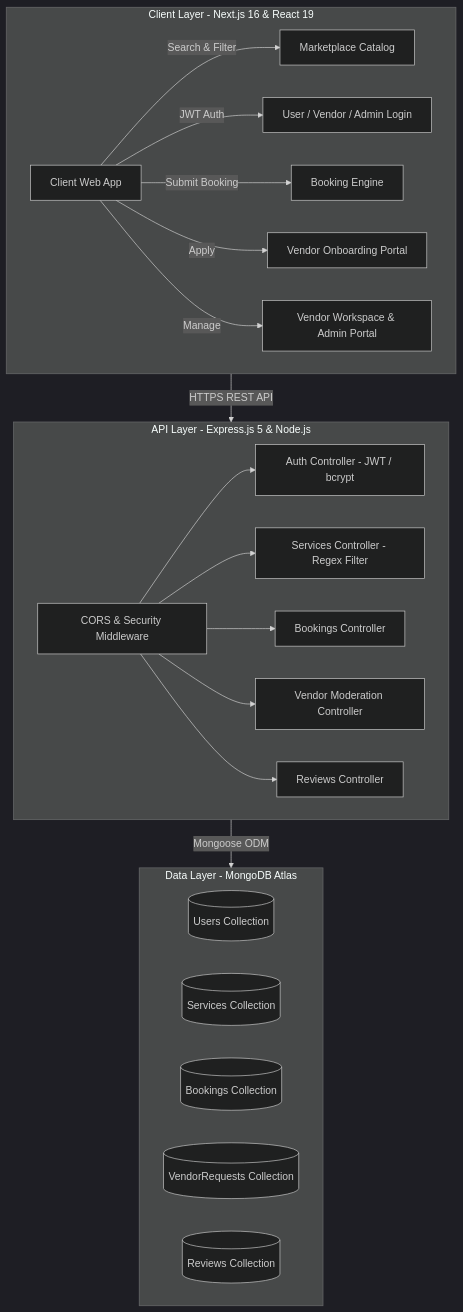
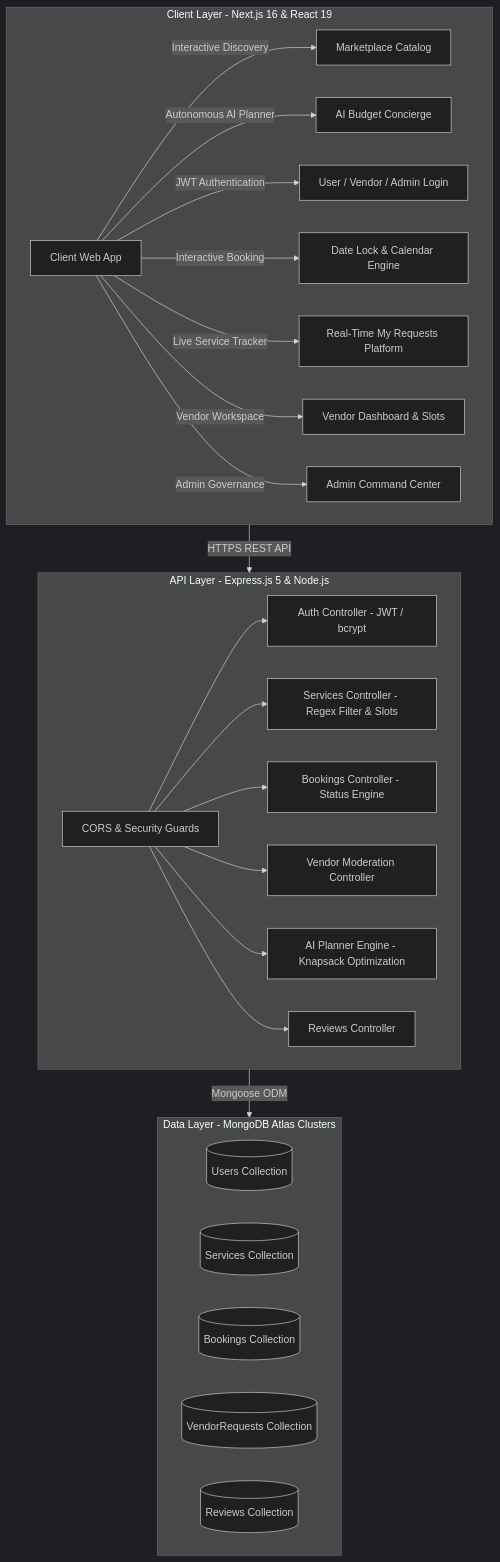
Before and after one commit to gdiya2004/ServEase: the diagram in README.md, drawn with Mermaid (dark theme). The commit also changed other lines of this file, not shown here.

Commit message:
Update README.md with comprehensive AI Concierge, Live Calendar, real-time tracking, and API documentation

````diff
--- a/README.md
+++ b/README.md
@@ -26,29 +27,32 @@
 ```mermaid
 flowchart TD
     subgraph ClientLayer [Client Layer - Next.js 16 & React 19]
-        A[Client Web App] -->|Search & Filter| B[Marketplace Catalog]
-        A -->|JWT Auth| C[User / Vendor / Admin Login]
-        A -->|Submit Booking| D[Booking Engine]
-        A -->|Apply| E[Vendor Onboarding Portal]
-        A -->|Manage| F[Vendor Workspace & Admin Portal]
+        A[Client Web App] -->|Interactive Discovery| B[Marketplace Catalog]
+        A -->|Autonomous AI Planner| C[AI Budget Concierge]
+        A -->|JWT Authentication| D[User / Vendor / Admin Login]
+        A -->|Interactive Booking| E[Date Lock & Calendar Engine]
+        A -->|Live Service Tracker| F[Real-Time My Requests Platform]
+        A -->|Vendor Workspace| G[Vendor Dashboard & Slots]
+        A -->|Admin Governance| H[Admin Command Center]
     end
 
     subgraph APILayer [API Layer - Express.js 5 & Node.js]
-        G[CORS & Security Middleware] --> H[Auth Controller - JWT / bcrypt]
-        G --> I[Services Controller - Regex Filter]
-        G --> J[Bookings Controller]
-        G --> K[Vendor Moderation Controller]
-        G --> L[Reviews Controller]
+        I[CORS & Security Guards] --> J[Auth Controller - JWT / bcrypt]
+        I --> K[Services Controller - Regex Filter & Slots]
+        I --> L[Bookings Controller - Status Engine]
+        I --> M[Vendor Moderation Controller]
+        I --> N[AI Planner Engine - Knapsack Optimization]
+        I --> O[Reviews Controller]
     end
 
-    subgraph DatabaseLayer [Data Layer - MongoDB Atlas]
-        M[(Users Collection)]
-        N[(Services Collection)]
-        O[(Bookings Collection)]
-        P[(VendorRequests Collection)]
-        Q[(Reviews Collection)]
+    subgraph DatabaseLayer [Data Layer - MongoDB Atlas Clusters]
+        P[(Users Collection)]
+        Q[(Services Collection)]
+        R[(Bookings Collection)]
+        S[(VendorRequests Collection)]
+        T[(Reviews Collection)]
     end
 
     ClientLayer -->|HTTPS REST API| APILayer
     APILayer -->|Mongoose ODM| DatabaseLayer
 ```
````
